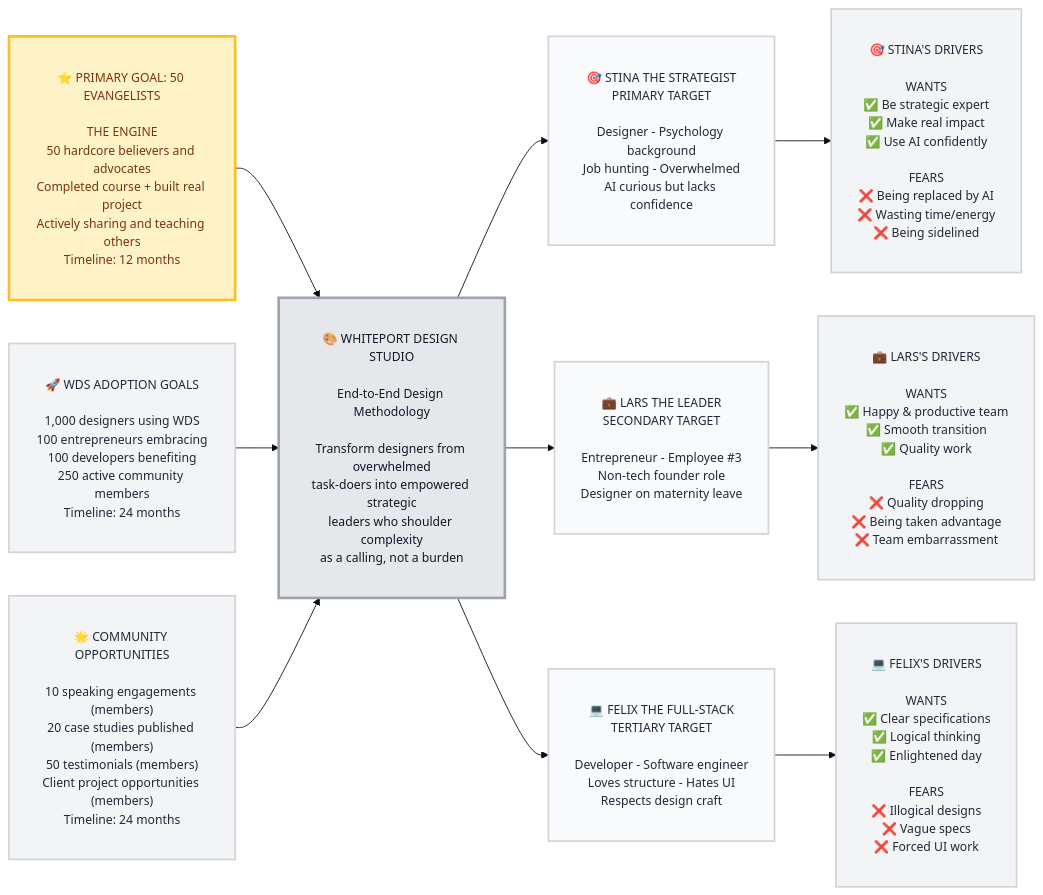
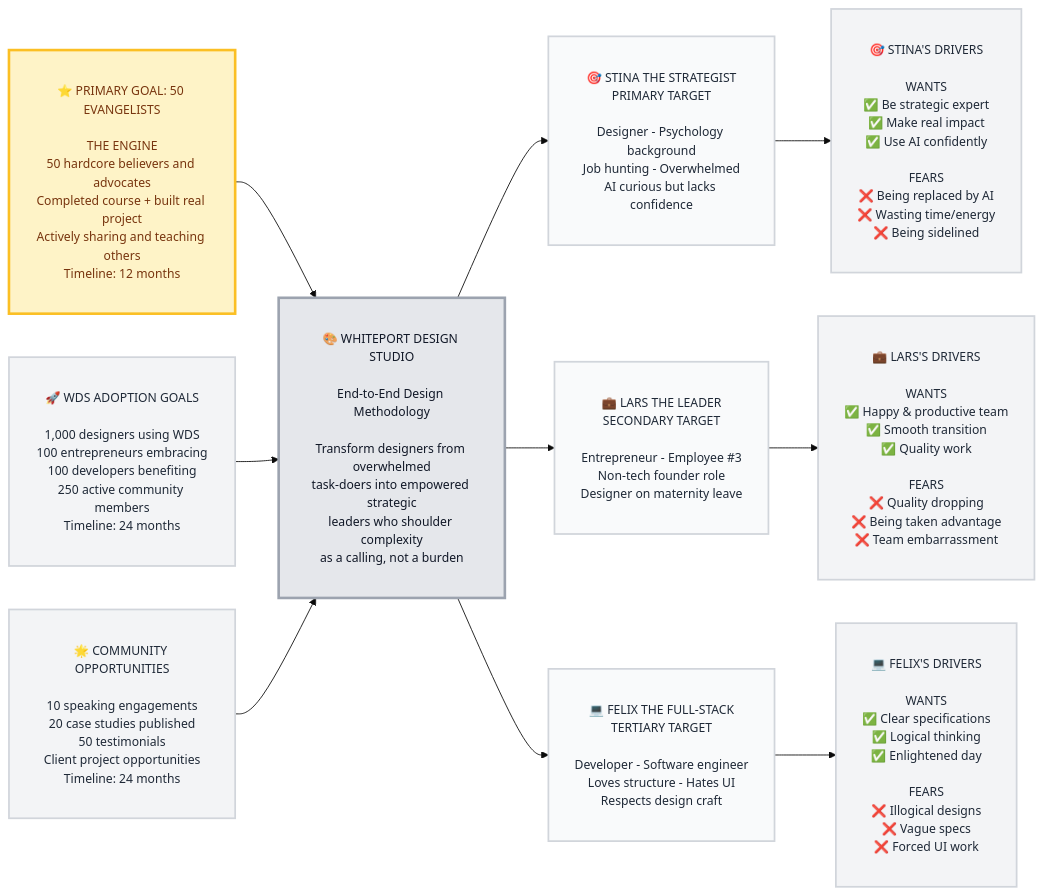
One commit to bmad-code-org/BMAD-METHOD changed the first of 2 diagrams in src/modules/wds/examples/WDS-Presentation/docs/2-trigger-map/00-trigger-map-poster.md. Above: the diagram before and after it, drawn with Mermaid. The commit also changed other lines of this file, not shown here.

Commit message:
fix(wds): Simplify community opportunities section in trigger map documentation
Updated the trigger map documentation to remove member-specific language from the community opportunities section, enhancing clarity and focus. This change aims to streamline the presentation of opportunities available to all community members, making the information more accessible and straightforward.

````diff
--- a/src/modules/wds/examples/WDS-Presentation/docs/2-trigger-map/00-trigger-map-poster.md
+++ b/src/modules/wds/examples/WDS-Presentation/docs/2-trigger-map/00-trigger-map-poster.md
@@ -13,47 +13,47 @@
 ```mermaid
 %%{init: {'theme':'base', 'themeVariables': { 'fontFamily':'Inter, system-ui, sans-serif', 'fontSize':'14px'}}}%%
 flowchart LR
     %% Business Goals (Left)
     BG0["<br/>⭐ PRIMARY GOAL: 50 EVANGELISTS<br/><br/>THE ENGINE<br/>50 hardcore believers and advocates<br/>Completed course + built real project<br/>Actively sharing and teaching others<br/>Timeline: 12 months<br/><br/>"]
     BG1["<br/>🚀 WDS ADOPTION GOALS<br/><br/>1,000 designers using WDS<br/>100 entrepreneurs embracing<br/>100 developers benefiting<br/>250 active community members<br/>Timeline: 24 months<br/><br/>"]
-    BG2["<br/>🌟 COMMUNITY OPPORTUNITIES<br/><br/>10 speaking engagements (members)<br/>20 case studies published (members)<br/>50 testimonials (members)<br/>Client project opportunities (members)<br/>Timeline: 24 months<br/><br/>"]
+    BG2["<br/>🌟 COMMUNITY OPPORTUNITIES<br/><br/>10 speaking engagements<br/>20 case studies published<br/>50 testimonials<br/>Client project opportunities<br/>Timeline: 24 months<br/><br/>"]
     
     %% Central Platform
     PLATFORM["<br/>🎨 WHITEPORT DESIGN STUDIO<br/><br/>End-to-End Design Methodology<br/><br/>Transform designers from overwhelmed<br/>task-doers into empowered strategic<br/>leaders who shoulder complexity<br/>as a calling, not a burden<br/><br/>"]
     
     %% Target Groups (Right)
     TG0["<br/>🎯 STINA THE STRATEGIST<br/>PRIMARY TARGET<br/><br/>Designer - Psychology background<br/>Job hunting - Overwhelmed<br/>AI curious but lacks confidence<br/><br/>"]
     TG1["<br/>💼 LARS THE LEADER<br/>SECONDARY TARGET<br/><br/>Entrepreneur - Employee #3<br/>Non-tech founder role<br/>Designer on maternity leave<br/><br/>"]
     TG2["<br/>💻 FELIX THE FULL-STACK<br/>TERTIARY TARGET<br/><br/>Developer - Software engineer<br/>Loves structure - Hates UI<br/>Respects design craft<br/><br/>"]
     
     %% Driving Forces (Far Right)
     DF0["<br/>🎯 STINA'S DRIVERS<br/><br/>WANTS<br/>✅ Be strategic expert<br/>✅ Make real impact<br/>✅ Use AI confidently<br/><br/>FEARS<br/>❌ Being replaced by AI<br/>❌ Wasting time/energy<br/>❌ Being sidelined<br/><br/>"]
     
     DF1["<br/>💼 LARS'S DRIVERS<br/><br/>WANTS<br/>✅ Happy & productive team<br/>✅ Smooth transition<br/>✅ Quality work<br/><br/>FEARS<br/>❌ Quality dropping<br/>❌ Being taken advantage<br/>❌ Team embarrassment<br/><br/>"]
     
     DF2["<br/>💻 FELIX'S DRIVERS<br/><br/>WANTS<br/>✅ Clear specifications<br/>✅ Logical thinking<br/>✅ Enlightened day<br/><br/>FEARS<br/>❌ Illogical designs<br/>❌ Vague specs<br/>❌ Forced UI work<br/><br/>"]
     
     %% Connections
     BG0 --> PLATFORM
     BG1 --> PLATFORM
     BG2 --> PLATFORM
     PLATFORM --> TG0
     PLATFORM --> TG1
     PLATFORM --> TG2
     TG0 --> DF0
     TG1 --> DF1
     TG2 --> DF2
 
     %% Light Gray Styling with Dark Text + Gold Primary Goal
     classDef primaryGoal fill:#fef3c7,color:#78350f,stroke:#fbbf24,stroke-width:3px
     classDef businessGoal fill:#f3f4f6,color:#1f2937,stroke:#d1d5db,stroke-width:2px
     classDef platform fill:#e5e7eb,color:#111827,stroke:#9ca3af,stroke-width:3px
     classDef targetGroup fill:#f9fafb,color:#1f2937,stroke:#d1d5db,stroke-width:2px
     classDef drivingForces fill:#f3f4f6,color:#1f2937,stroke:#d1d5db,stroke-width:2px
     
     class BG0 primaryGoal
     class BG1,BG2 businessGoal
     class PLATFORM platform
     class TG0,TG1,TG2 targetGroup
     class DF0,DF1,DF2 drivingForces
 ```
````
